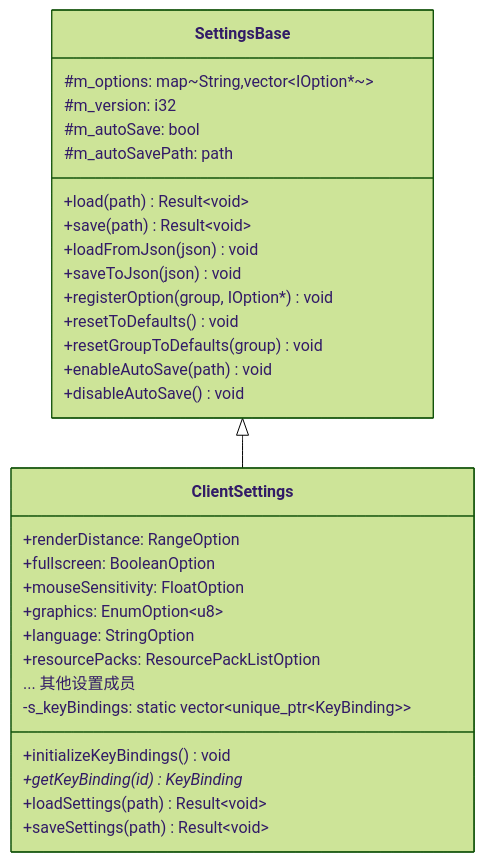
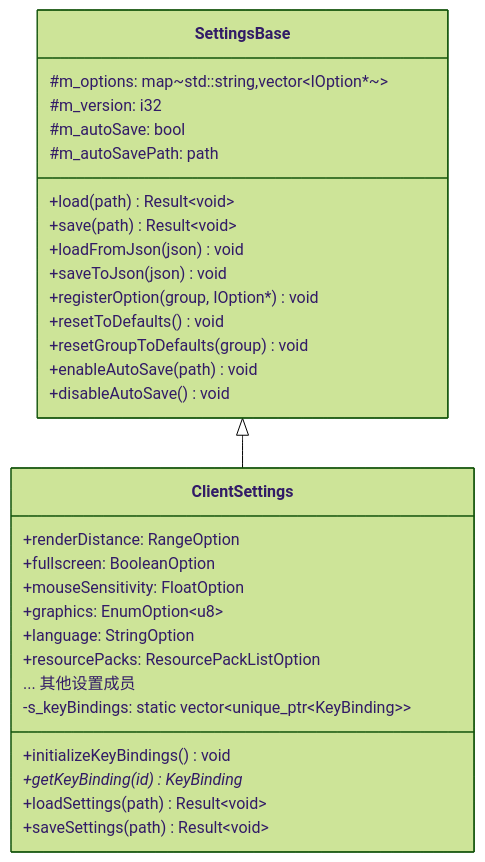
One commit to g122622/Cubium changed the fifth of 5 diagrams in src/client/settings/README.md. Above: the diagram before and after it, drawn with Mermaid (forest theme). The commit also changed other lines of this file and 823 other files, not shown here.

````diff
--- a/src/client/settings/README.md
+++ b/src/client/settings/README.md
@@ -550,35 +550,35 @@
 ```mermaid
 classDiagram
     class SettingsBase {
-        #m_options: map~String,vector~IOption*~~
+        #m_options: map~std::string,vector~IOption*~~
         #m_version: i32
         #m_autoSave: bool
         #m_autoSavePath: path
         +load(path) Result~void~
         +save(path) Result~void~
         +loadFromJson(json) void
         +saveToJson(json) void
         +registerOption(group, IOption*) void
         +resetToDefaults() void
         +resetGroupToDefaults(group) void
         +enableAutoSave(path) void
         +disableAutoSave() void
     }
 
     class ClientSettings {
         +renderDistance: RangeOption
         +fullscreen: BooleanOption
         +mouseSensitivity: FloatOption
         +graphics: EnumOption~u8~
         +language: StringOption
         +resourcePacks: ResourcePackListOption
         ... 其他设置成员
         -s_keyBindings: static vector~unique_ptr~KeyBinding~~
         +initializeKeyBindings() void
         +getKeyBinding(id) KeyBinding*
         +loadSettings(path) Result~void~
         +saveSettings(path) Result~void~
     }
 
     SettingsBase <|-- ClientSettings
 ```
````
